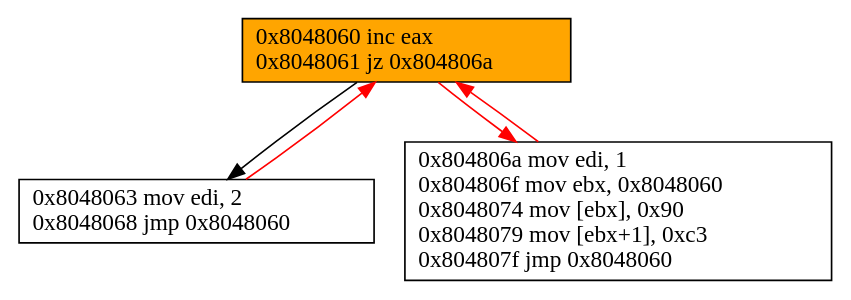
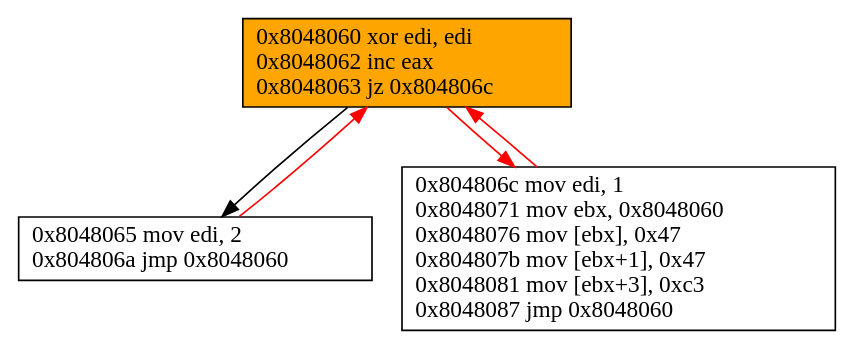
One commit to yaps8/these changed the diagram in supports/disas_sm/ex2_statique.dot. Above: the diagram before and after it, drawn with Graphviz. The commit also changed 5 other files, not shown here.

```diff
--- a/supports/disas_sm/ex2_statique.dot
+++ b/supports/disas_sm/ex2_statique.dot
@@ -1,10 +1,10 @@
 digraph G {
 labeljust=r
-"60" [labeljust=r,label="0x8048060 inc eax\l0x8048061 jz 0x804806a\l", shape=box, style="filled", fillcolor=orange]
-"63" [labeljust=r,label="0x8048063 mov edi, 2\l0x8048068 jmp 0x8048060\l", shape=box, style="filled", fillcolor=white]
-"6a" [labeljust=r,label="0x804806a mov edi, 1 \l0x804806f mov ebx, 0x8048060  \l0x8048074 mov [ebx], 0x90 \l0x8048079 mov [ebx+1], 0xc3 \l0x804807f jmp 0x8048060\l", shape=box, style="filled", fillcolor=white]
+"60" [labeljust=r,label="0x8048060 xor edi, edi\l0x8048062 inc eax\l0x8048063 jz 0x804806c\l", shape=box, style="filled", fillcolor=orange]
+"63" [labeljust=r,label="0x8048065 mov edi, 2\l0x804806a jmp 0x8048060\l", shape=box, style="filled", fillcolor=white]
+"6a" [labeljust=r,label="0x804806c mov edi, 1 \l0x8048071 mov ebx, 0x8048060  \l0x8048076 mov [ebx], 0x47 \l0x804807b mov [ebx+1], 0x47\l0x8048081 mov [ebx+3], 0xc3  \l0x8048087 jmp 0x8048060\l", shape=box, style="filled", fillcolor=white]
 "60" -> "6a" [color=red]
 "60" -> "63" [color=black]
 "63" -> "60" [color=red]
 "6a" -> "60" [color=red]
 }
```
